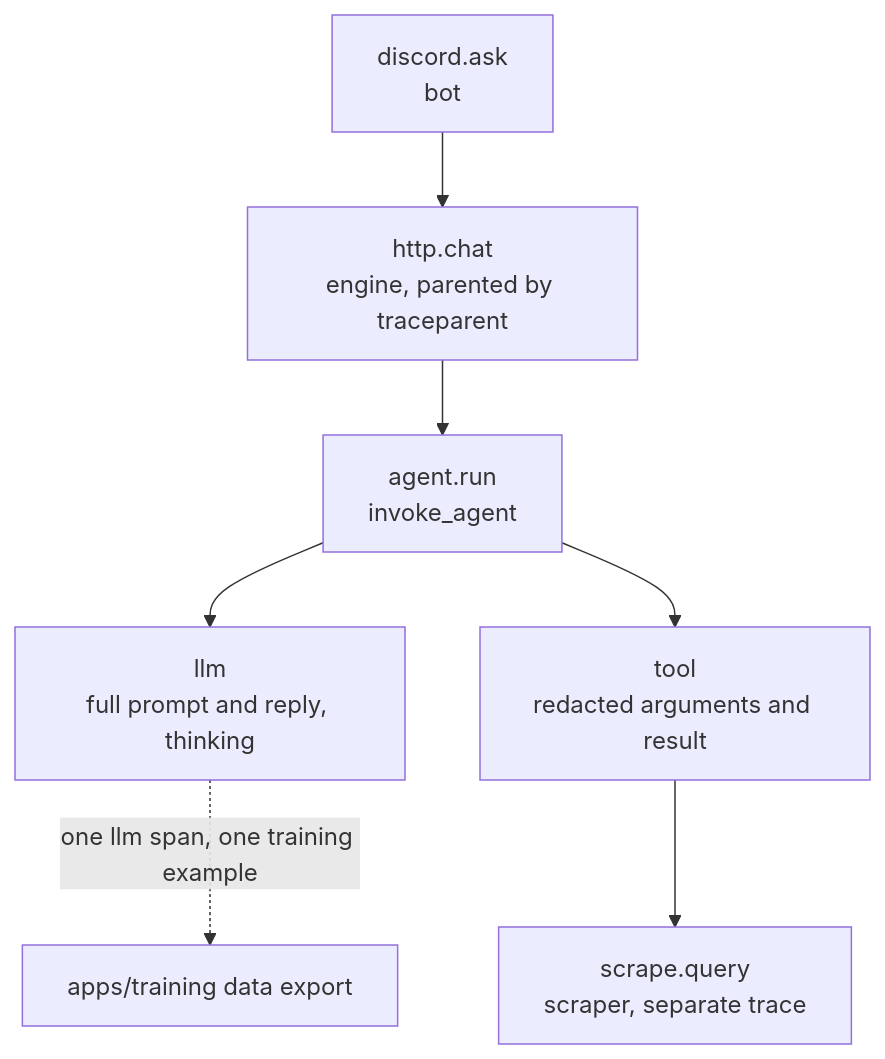
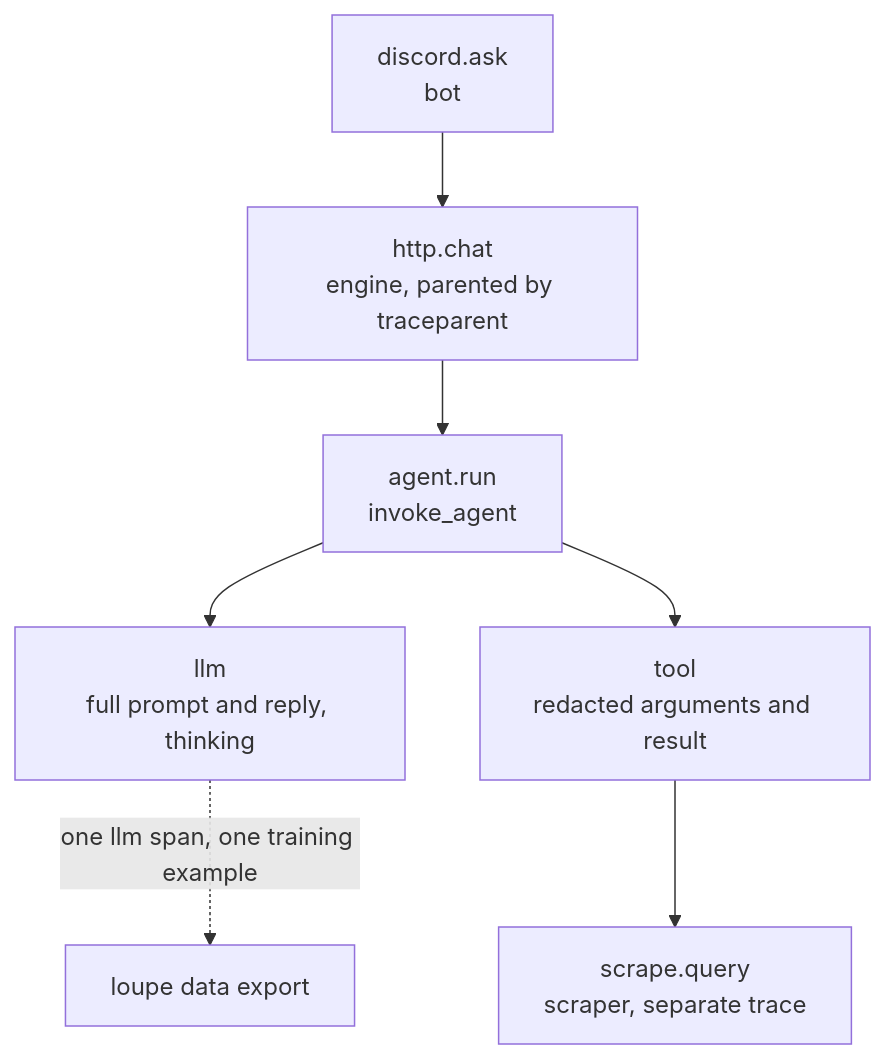
Before and after one commit to ashworks1706/SparkyAI: the ninth of 10 diagrams in docs/ARCHITECTURE.md, drawn with Mermaid. The commit also changed other lines of this file and 26 other files, not shown here.

First line of the commit message:
Move dataset export and post-training to loupe

````diff
--- a/docs/ARCHITECTURE.md
+++ b/docs/ARCHITECTURE.md
@@ -703,9 +703,9 @@
 ```mermaid
 flowchart TD
     A["discord.ask<br/>bot"] --> B["http.chat<br/>engine, parented by traceparent"]
     B --> C["agent.run<br/>invoke_agent"]
     C --> E["llm<br/>full prompt and reply, thinking"]
     C --> F["tool<br/>redacted arguments and result"]
     F --> G["scrape.query<br/>scraper, separate trace"]
-    E -.->|"one llm span, one training example"| H["apps/training data export"]
+    E -.->|"one llm span, one training example"| H["loupe data export"]
 ```
````
